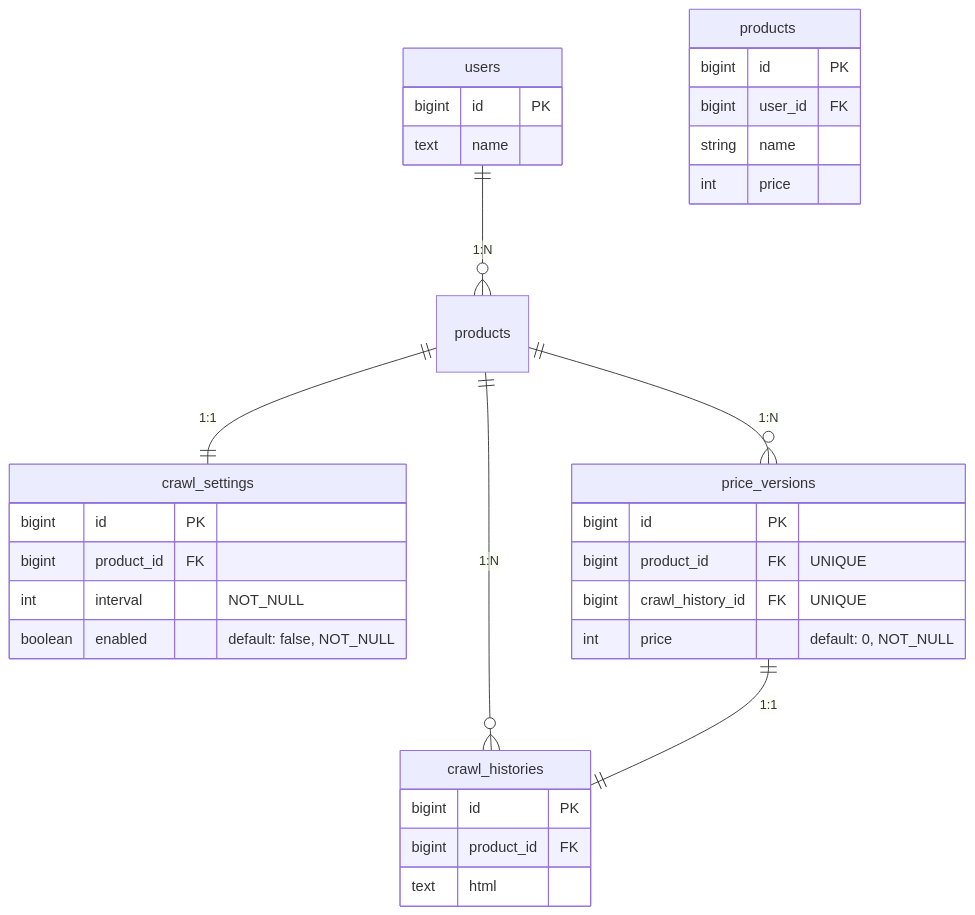
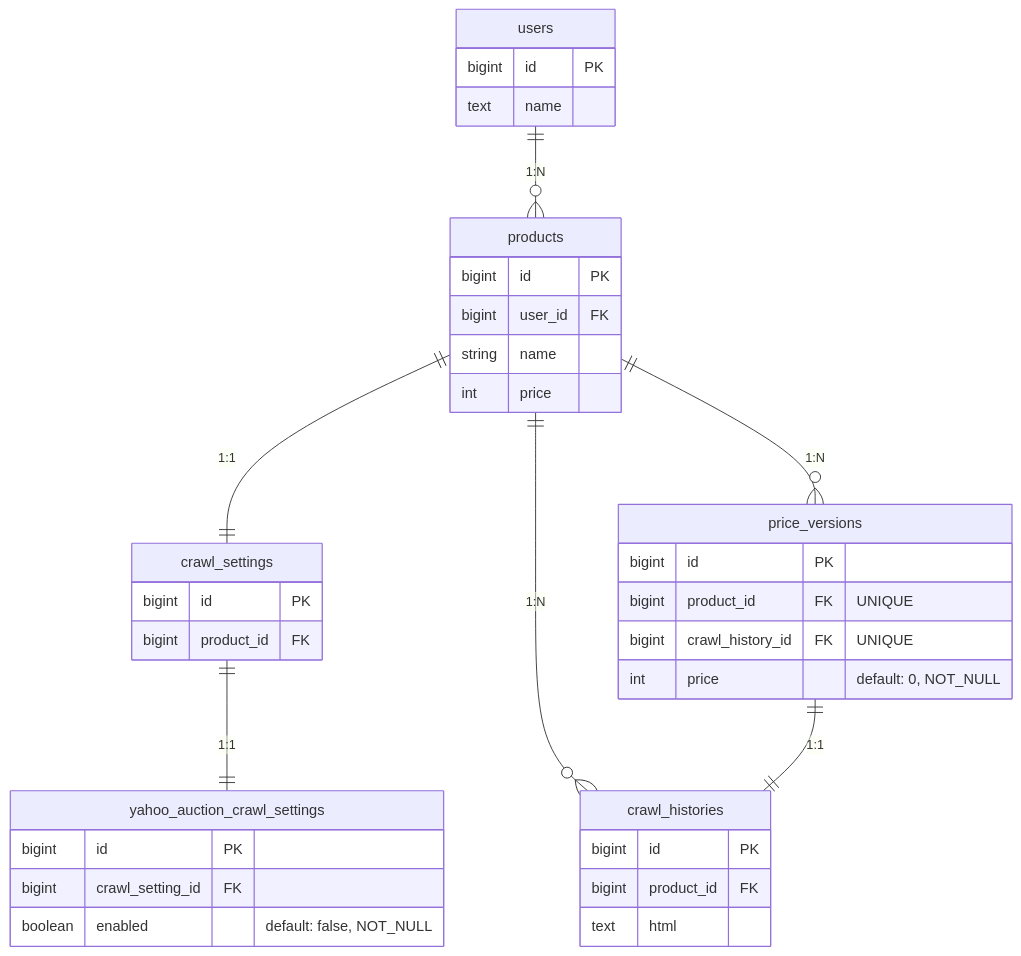
Before and after one commit to kuroweb/price-monitoring: the second of 2 diagrams in README.md, drawn with Mermaid.

Commit message:
docs: #11 ERを修正する

````diff
--- a/README.md
+++ b/README.md
@@ -80,36 +80,40 @@
 ```mermaid
 erDiagram
   users {
     bigint id PK
     text name
   }
-  products　{
+  products {
     bigint id PK
     bigint user_id FK
     string name
     int price
   }
   crawl_settings {
     bigint id PK
     bigint product_id FK
-    int interval "NOT_NULL"
+  }
+  yahoo_auction_crawl_settings {
+    bigint id PK
+    bigint crawl_setting_id FK
     boolean enabled "default: false, NOT_NULL"
   }
   price_versions {
     bigint id PK
     bigint product_id FK "UNIQUE"
     bigint crawl_history_id FK "UNIQUE"
     int price "default: 0, NOT_NULL"
   }
   crawl_histories {
     bigint id PK
     bigint product_id FK
     text html
   }
 
   users ||--o{ products : "1:N"
   products ||--|| crawl_settings : "1:1"
+  crawl_settings ||--|| yahoo_auction_crawl_settings : "1:1"
   products ||--o{ price_versions : "1:N"
   products ||--o{ crawl_histories : "1:N"
   price_versions ||--|| crawl_histories : "1:1"
 ```
````
